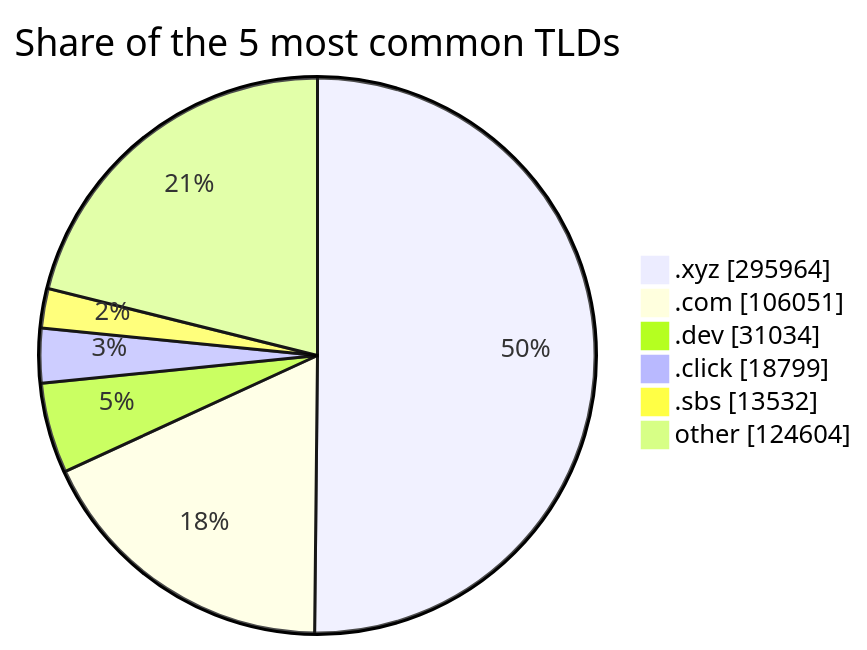
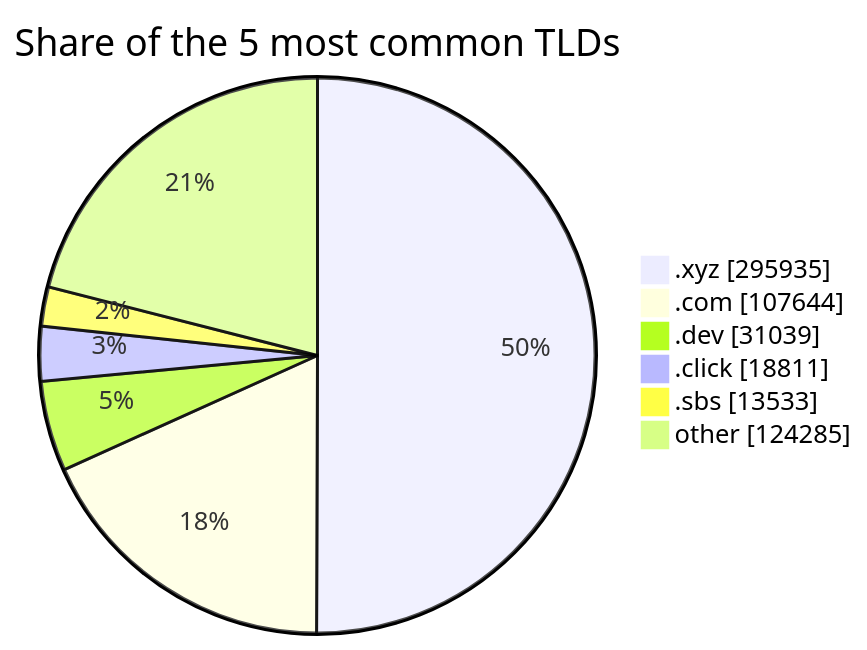
The third of 3 diagrams in README.md (DNSBunker/CTI), drawn with Mermaid before and after one commit. The commit also changed other lines of this file and 3 other files, not shown here.

````diff
--- a/README.md
+++ b/README.md
@@ -81,9 +81,9 @@
 ```mermaid
 pie showData title Share of the 5 most common TLDs
-    ".xyz" : 295964
-    ".com" : 106051
-    ".dev" : 31034
-    ".click" : 18799
-    ".sbs" : 13532
-    "other" : 124604
+    ".xyz" : 295935
+    ".com" : 107644
+    ".dev" : 31039
+    ".click" : 18811
+    ".sbs" : 13533
+    "other" : 124285
 ```
````
